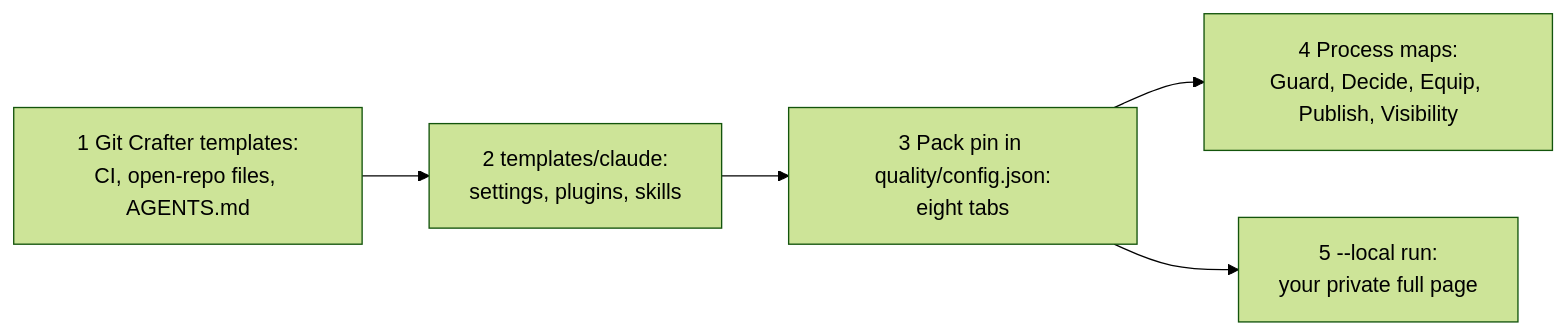
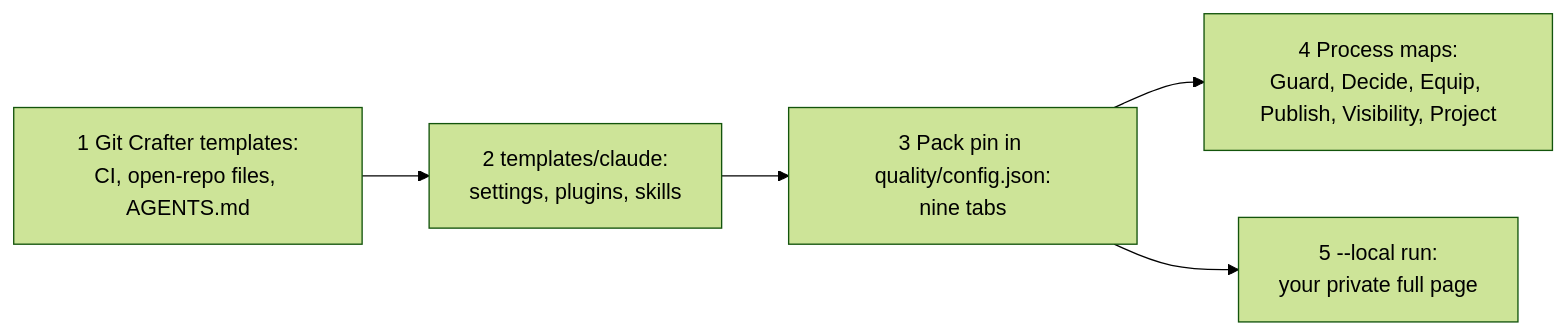
The first of 2 diagrams in README.md (Colorado-Startups/claudius), drawn with Mermaid (forest theme) before and after one commit. The commit also changed other lines of this file and 11 other files, not shown here.

First line of the commit message:
Code Project tab and Project process map (#4)

````diff
--- a/README.md
+++ b/README.md
@@ -25,7 +25,7 @@
 ```mermaid
 flowchart LR
   GC[1 Git Crafter templates:<br/>CI, open-repo files, AGENTS.md] --> T[2 templates/claude:<br/>settings, plugins, skills]
-  T --> P[3 Pack pin in quality/config.json:<br/>eight tabs]
-  P --> M[4 Process maps:<br/>Guard, Decide, Equip, Publish, Visibility]
+  T --> P[3 Pack pin in quality/config.json:<br/>nine tabs]
+  P --> M[4 Process maps:<br/>Guard, Decide, Equip, Publish, Visibility, Project]
   P --> L[5 --local run:<br/>your private full page]
 ```
````
